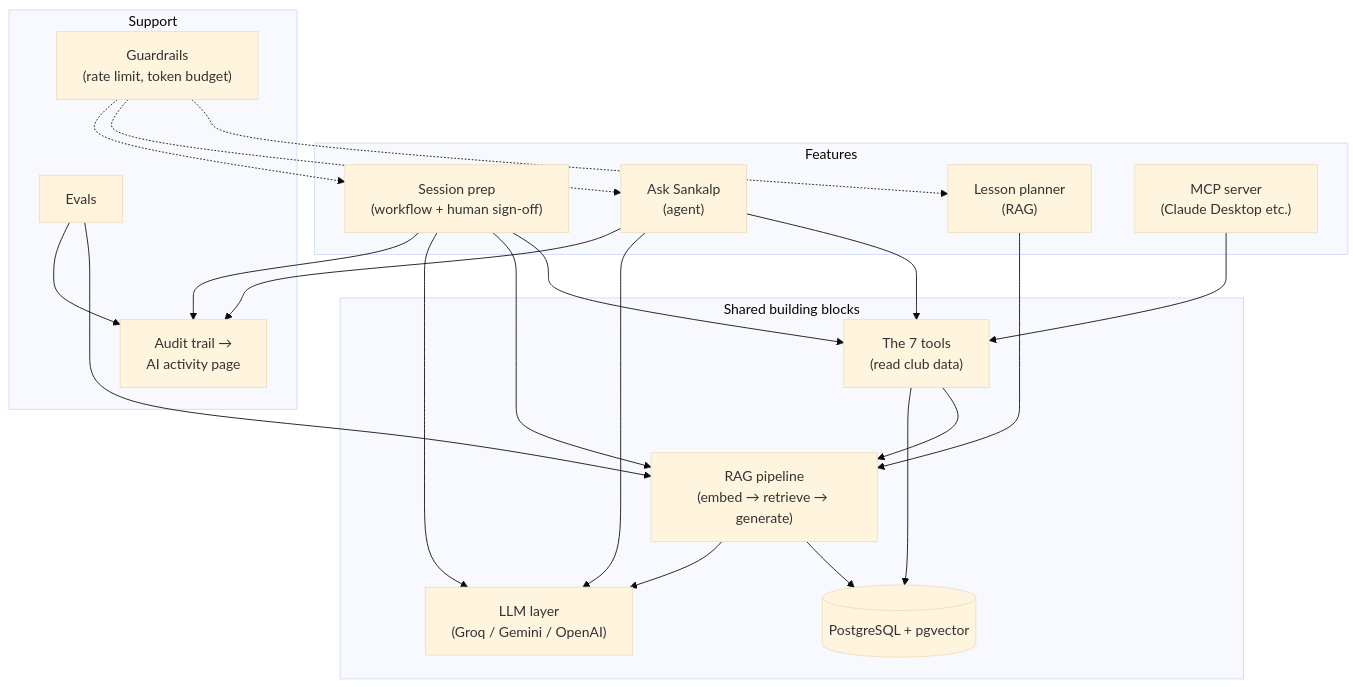
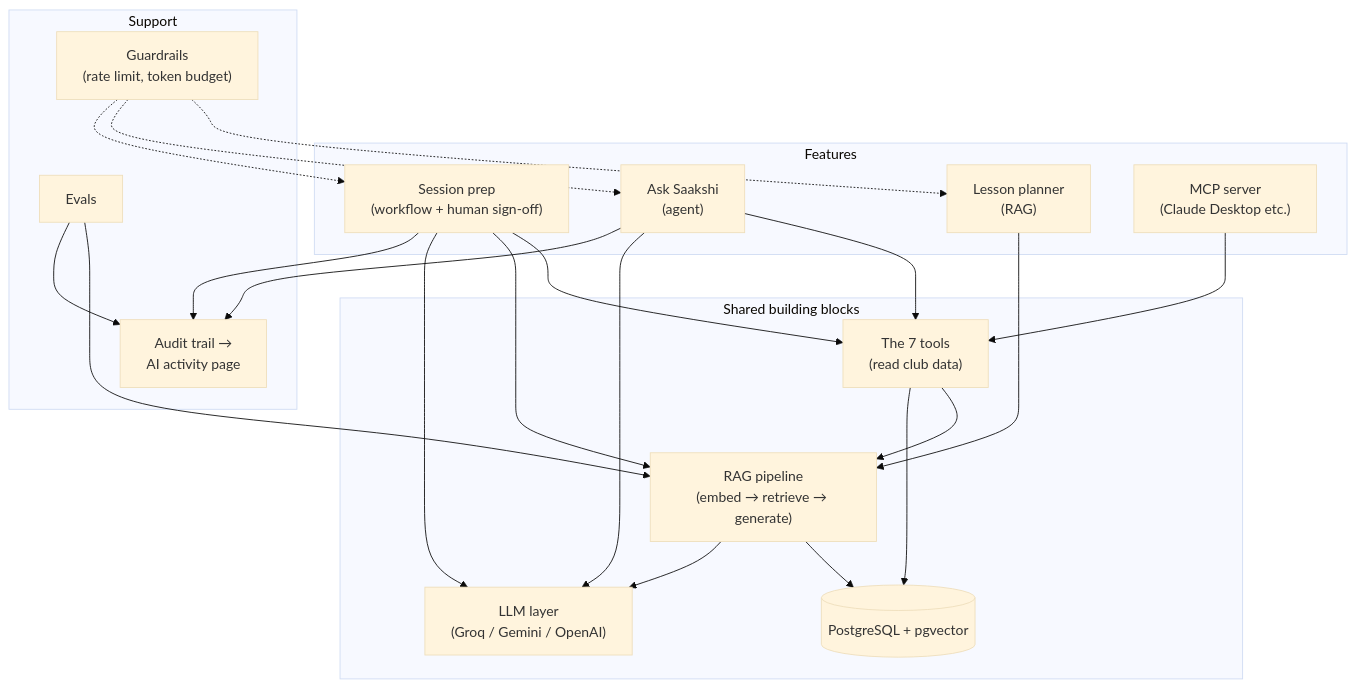
The first of 7 diagrams in AI_AGENTS_GUIDE.md (kushagragarg15/sankalp-village-project), drawn with Mermaid (base theme) before and after one commit. The commit also changed other lines of this file and 29 other files, not shown here.

````diff
--- a/AI_AGENTS_GUIDE.md
+++ b/AI_AGENTS_GUIDE.md
@@ -76,41 +76,41 @@
 ```mermaid
 flowchart TB
     subgraph Features
         LP["Lesson planner<br/>(RAG)"]
-        ASK["Ask Sankalp<br/>(agent)"]
+        ASK["Ask Saakshi<br/>(agent)"]
         PREP["Session prep<br/>(workflow + human sign-off)"]
         MCP["MCP server<br/>(Claude Desktop etc.)"]
     end
 
     subgraph Shared["Shared building blocks"]
         TOOLS["The 7 tools<br/>(read club data)"]
         RAG["RAG pipeline<br/>(embed → retrieve → generate)"]
         LLM["LLM layer<br/>(Groq / Gemini / OpenAI)"]
         DB[("PostgreSQL + pgvector")]
     end
 
     subgraph Support
         GUARD["Guardrails<br/>(rate limit, token budget)"]
         OBS["Audit trail →<br/>AI activity page"]
         EVAL["Evals"]
     end
 
     LP --> RAG
     ASK --> TOOLS
     PREP --> TOOLS
     PREP --> RAG
     MCP --> TOOLS
     TOOLS --> RAG
     TOOLS --> DB
     RAG --> DB
     RAG --> LLM
     ASK --> LLM
     PREP --> LLM
     GUARD -.-> LP
     GUARD -.-> ASK
     GUARD -.-> PREP
     ASK --> OBS
     PREP --> OBS
     EVAL --> RAG
     EVAL --> OBS
 ```
````
